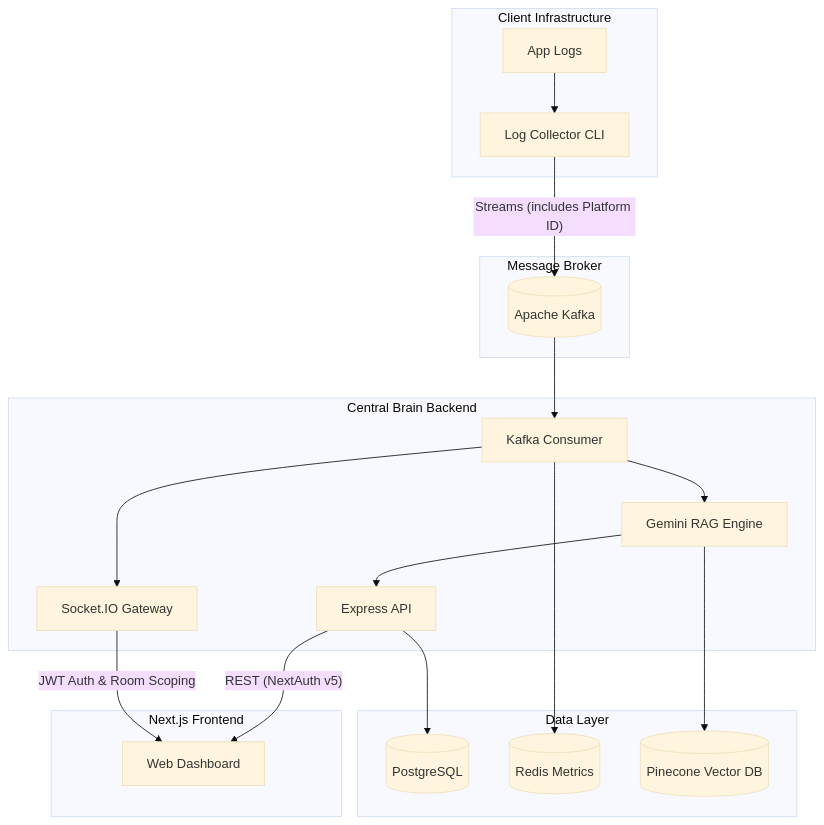
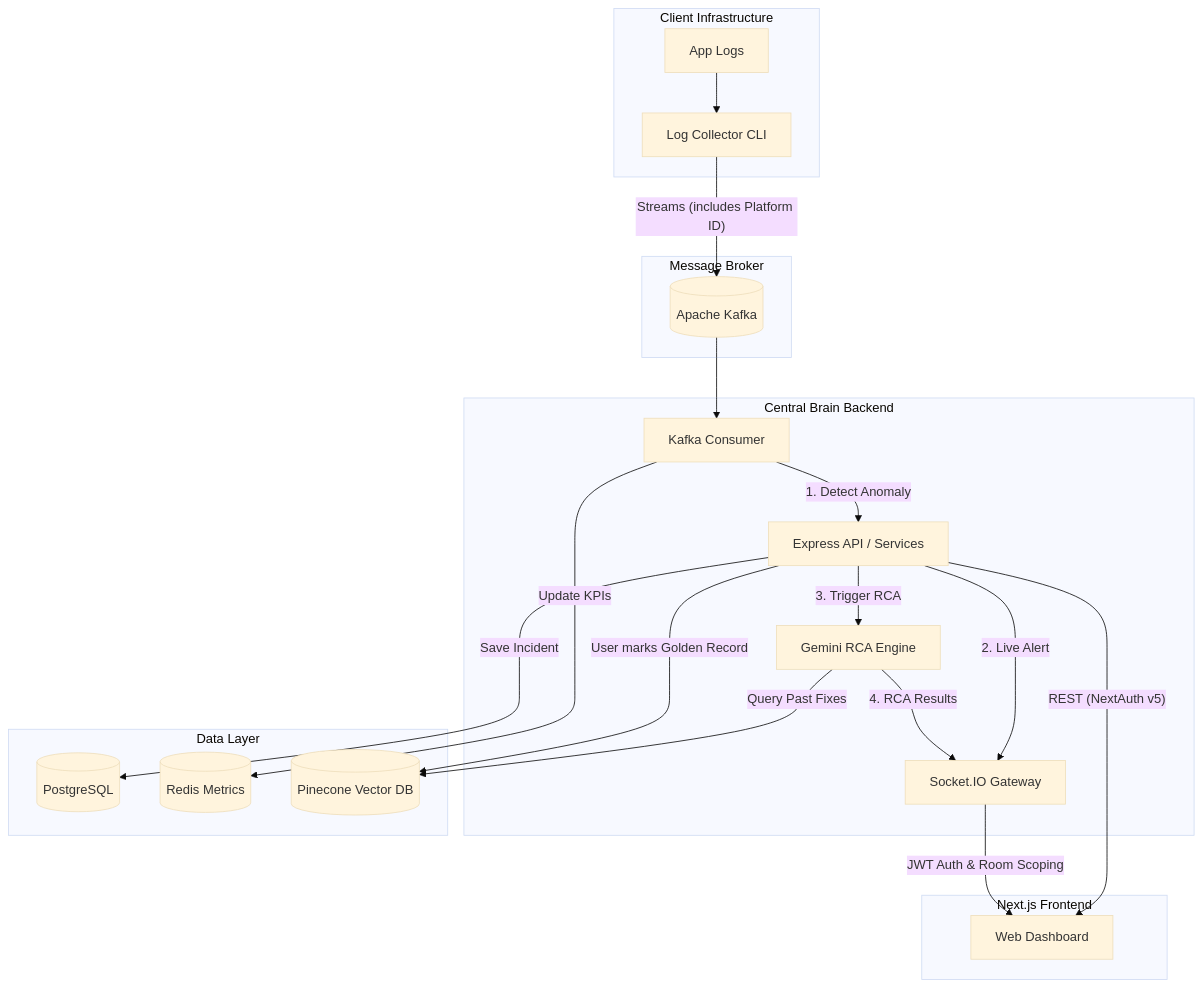
Before and after one commit to jithendrajasti/AIOPS-SENTINEL: the diagram in README.md, drawn with Mermaid (base theme).

Commit message:
fix: Update architecture diagram in README to reflect accurate RAG and RCA data flow

````diff
--- a/README.md
+++ b/README.md
@@ -33,41 +33,43 @@
 ```mermaid
 graph TD
     subgraph Client Infrastructure
         LC[Log Collector CLI]
         APP[App Logs]
         APP --> LC
     end
 
     subgraph Message Broker
         KAFKA[(Apache Kafka)]
         LC -- "Streams (includes Platform ID)" --> KAFKA
     end
 
     subgraph Central Brain Backend
         CONSUMER[Kafka Consumer]
-        AI[Gemini RAG Engine]
-        API[Express API]
+        API[Express API / Services]
         SOCKETS[Socket.IO Gateway]
+        AI[Gemini RCA Engine]
         
         KAFKA --> CONSUMER
-        CONSUMER --> AI
-        AI --> API
-        CONSUMER --> SOCKETS
+        CONSUMER -- "1. Detect Anomaly" --> API
+        API -- "2. Live Alert" --> SOCKETS
+        API -- "3. Trigger RCA" --> AI
+        AI -- "4. RCA Results" --> SOCKETS
     end
 
     subgraph Data Layer
         PG[(PostgreSQL)]
         REDIS[(Redis Metrics)]
         PINECONE[(Pinecone Vector DB)]
         
-        API --> PG
-        AI --> PINECONE
-        CONSUMER --> REDIS
+        CONSUMER -- "Update KPIs" --> REDIS
+        API -- "Save Incident" --> PG
+        AI -- "Query Past Fixes" --> PINECONE
+        API -- "User marks Golden Record" --> PINECONE
     end
 
     subgraph Next.js Frontend
         UI[Web Dashboard]
         API -- "REST (NextAuth v5)" --> UI
         SOCKETS -- "JWT Auth & Room Scoping" --> UI
     end
 ```
````
